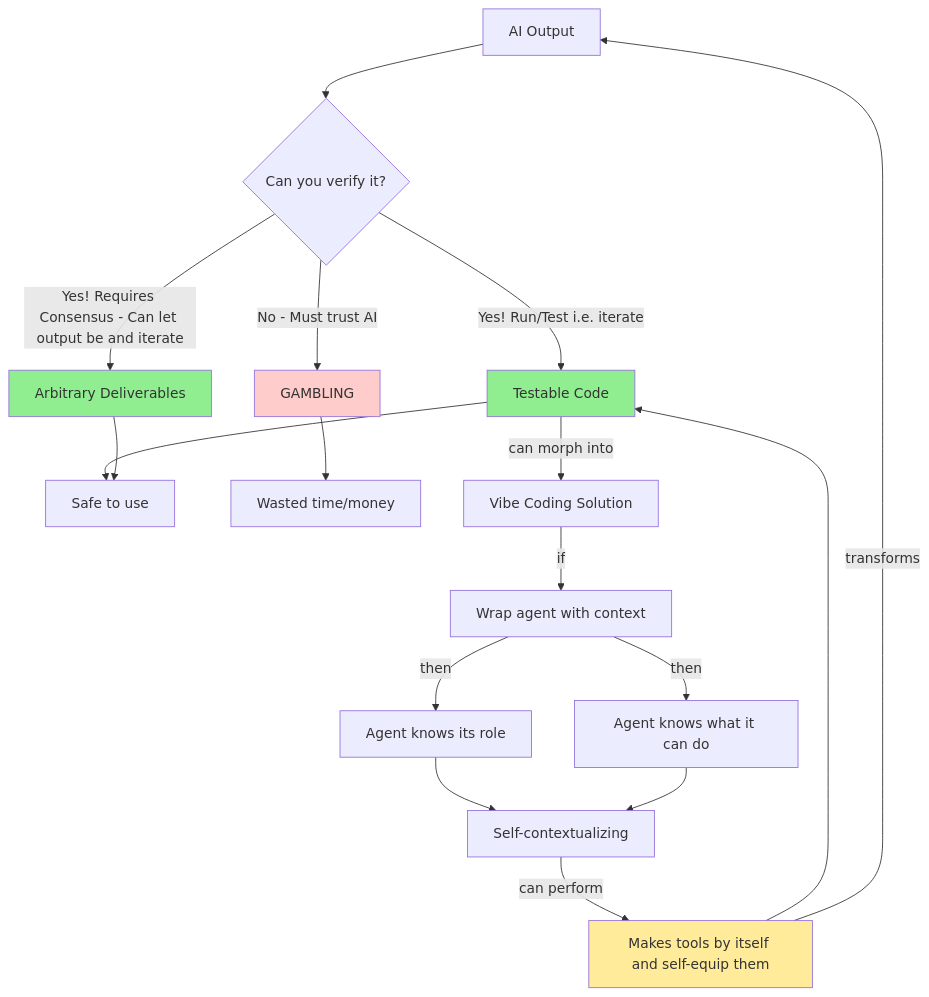
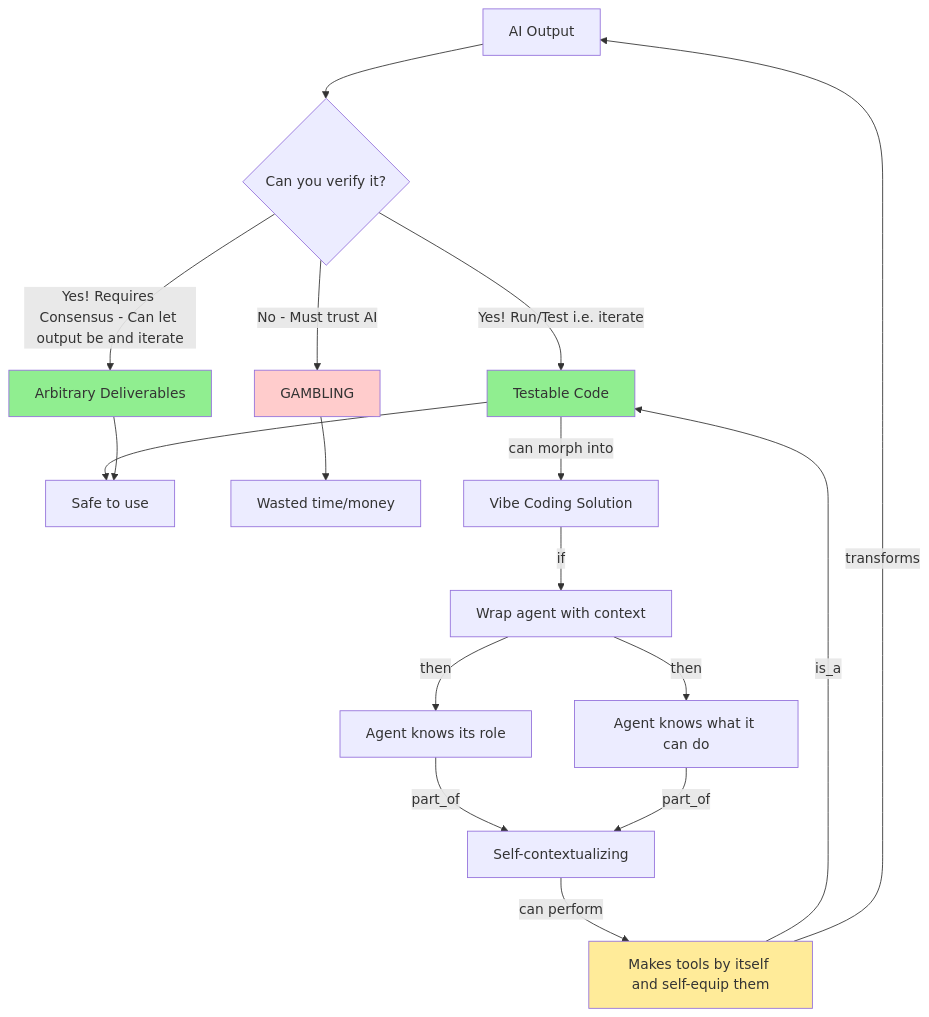
The diagram in docs/diagrams/0_BaseSituation.mermaid (sancovp/starship-mcp), drawn with Mermaid before and after one commit.

```diff
--- a/docs/diagrams/0_BaseSituation.mermaid
+++ b/docs/diagrams/0_BaseSituation.mermaid
@@ -1,24 +1,24 @@
 flowchart TD
     A[AI Output] --> B{Can you verify it?}
     B -->|Yes! Run/Test i.e. iterate| C[Testable Code]
     B -->|Yes! Requires Consensus - Can let output be and iterate| D[Arbitrary Deliverables]
     B -->|No - Must trust AI| E[GAMBLING]
     
     C --> F[Safe to use]
     D --> F
     E --> G[Wasted time/money]
     
     H[Vibe Coding Solution] -->|if| I[Wrap agent with context]
     I -->|then| J[Agent knows its role]
     I -->|then| K[Agent knows what it can do]
-    J --> L[Self-contextualizing]
-    K --> L
+    J -->|part_of| L[Self-contextualizing]
+    K -->|part_of| L
     L -->|can perform| M[Makes tools by itself and self-equip them]
-    M --> C
+    M -->|is_a| C
     C -->|can morph into| H
     M -->|transforms| A
     
     style C fill:#90EE90
     style D fill:#90EE90
     style E fill:#ffcccc
     style M fill:#ffeb99
```
